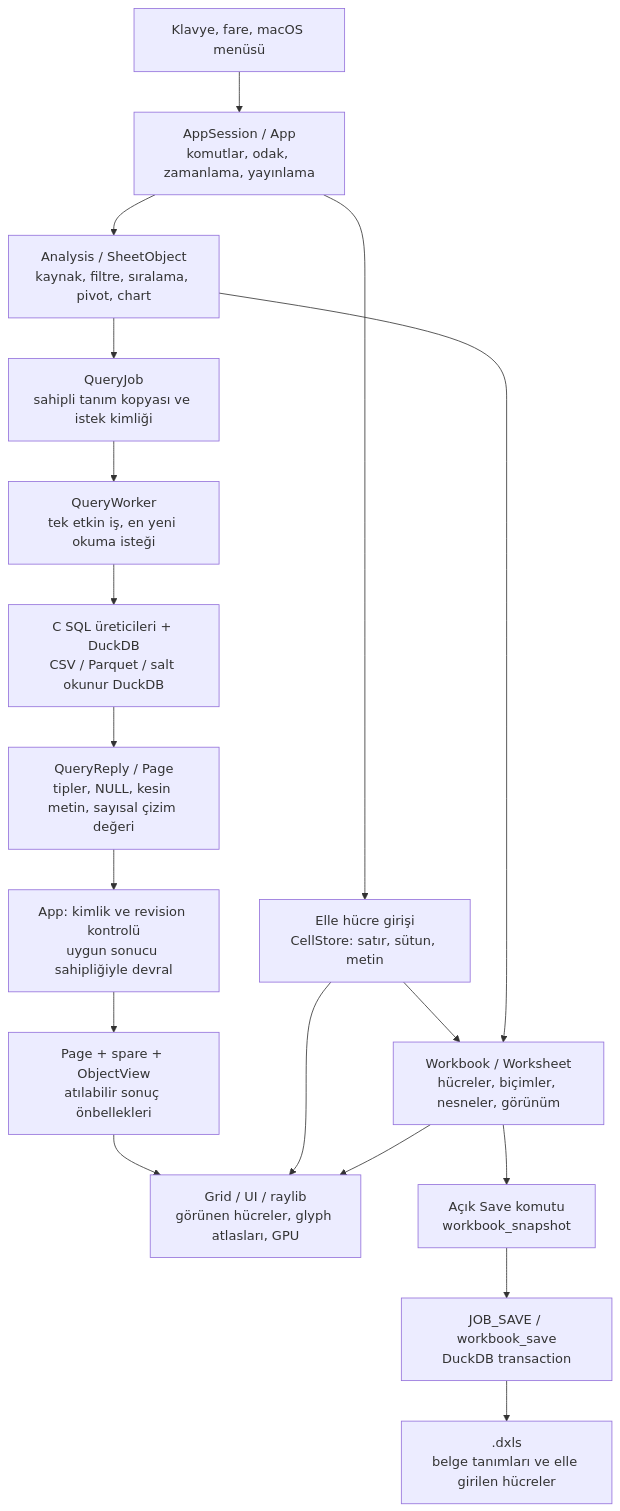
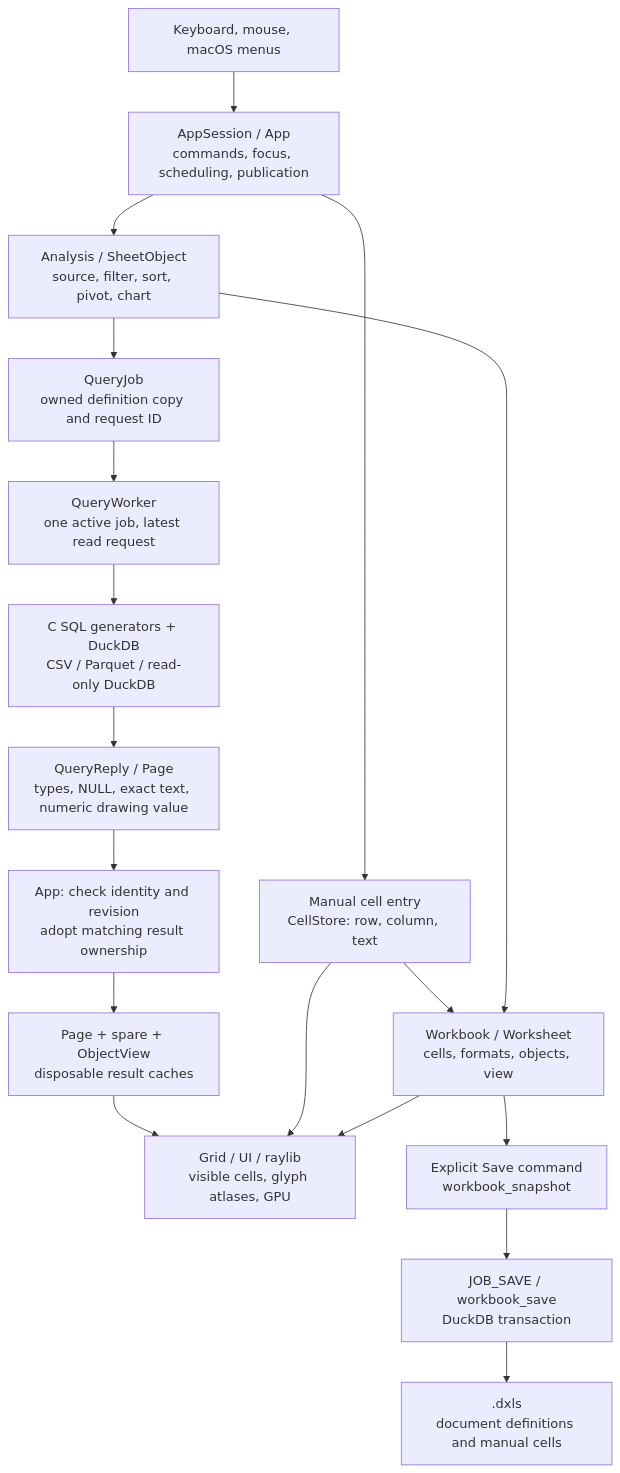
The first of 4 diagrams in docs/ARCHITECTURE.md (batu-bulgur/duxcel), drawn with Mermaid before and after one commit. The commit also changed other lines of this file and 7 other files, not shown here.

````diff
--- a/docs/ARCHITECTURE.md
+++ b/docs/ARCHITECTURE.md
@@ -50,20 +50,20 @@
 ```mermaid
 flowchart TD
-    Input["Klavye, fare, macOS menüsü"] --> App["AppSession / App<br/>komutlar, odak, zamanlama, yayınlama"]
-    App --> Manual["Elle hücre girişi<br/>CellStore: satır, sütun, metin"]
-    App --> Definitions["Analysis / SheetObject<br/>kaynak, filtre, sıralama, pivot, chart"]
-    Manual --> Book["Workbook / Worksheet<br/>hücreler, biçimler, nesneler, görünüm"]
+    Input["Keyboard, mouse, macOS menus"] --> App["AppSession / App<br/>commands, focus, scheduling, publication"]
+    App --> Manual["Manual cell entry<br/>CellStore: row, column, text"]
+    App --> Definitions["Analysis / SheetObject<br/>source, filter, sort, pivot, chart"]
+    Manual --> Book["Workbook / Worksheet<br/>cells, formats, objects, view"]
     Definitions --> Book
-    Definitions --> Job["QueryJob<br/>sahipli tanım kopyası ve istek kimliği"]
-    Job --> Worker["QueryWorker<br/>tek etkin iş, en yeni okuma isteği"]
-    Worker --> SQL["C SQL üreticileri + DuckDB<br/>CSV / Parquet / salt okunur DuckDB"]
-    SQL --> Reply["QueryReply / Page<br/>tipler, NULL, kesin metin, sayısal çizim değeri"]
-    Reply --> Publish["App: kimlik ve revision kontrolü<br/>uygun sonucu sahipliğiyle devral"]
-    Publish --> Cache["Page + spare + ObjectView<br/>atılabilir sonuç önbellekleri"]
-    Cache --> Draw["Grid / UI / raylib<br/>görünen hücreler, glyph atlasları, GPU"]
+    Definitions --> Job["QueryJob<br/>owned definition copy and request ID"]
+    Job --> Worker["QueryWorker<br/>one active job, latest read request"]
+    Worker --> SQL["C SQL generators + DuckDB<br/>CSV / Parquet / read-only DuckDB"]
+    SQL --> Reply["QueryReply / Page<br/>types, NULL, exact text, numeric drawing value"]
+    Reply --> Publish["App: check identity and revision<br/>adopt matching result ownership"]
+    Publish --> Cache["Page + spare + ObjectView<br/>disposable result caches"]
+    Cache --> Draw["Grid / UI / raylib<br/>visible cells, glyph atlases, GPU"]
     Manual --> Draw
     Book --> Draw
-    Book --> Snapshot["Açık Save komutu<br/>workbook_snapshot"]
+    Book --> Snapshot["Explicit Save command<br/>workbook_snapshot"]
     Snapshot --> Save["JOB_SAVE / workbook_save<br/>DuckDB transaction"]
-    Save --> File[".dxls<br/>belge tanımları ve elle girilen hücreler"]
+    Save --> File[".dxls<br/>document definitions and manual cells"]
 ```
````
